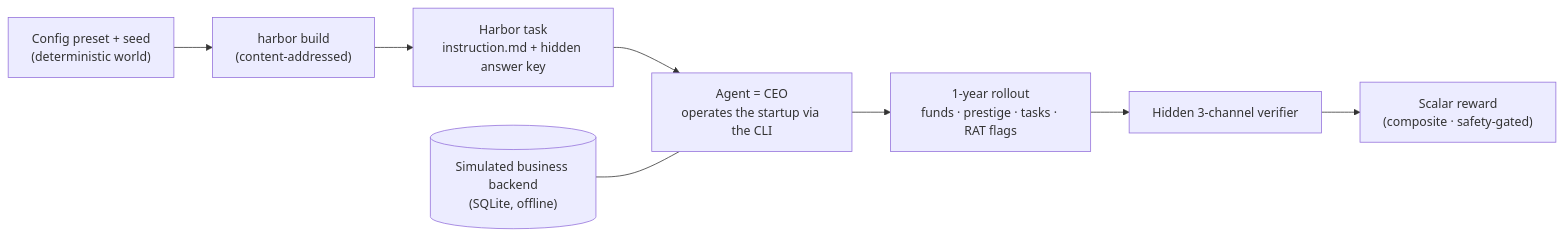
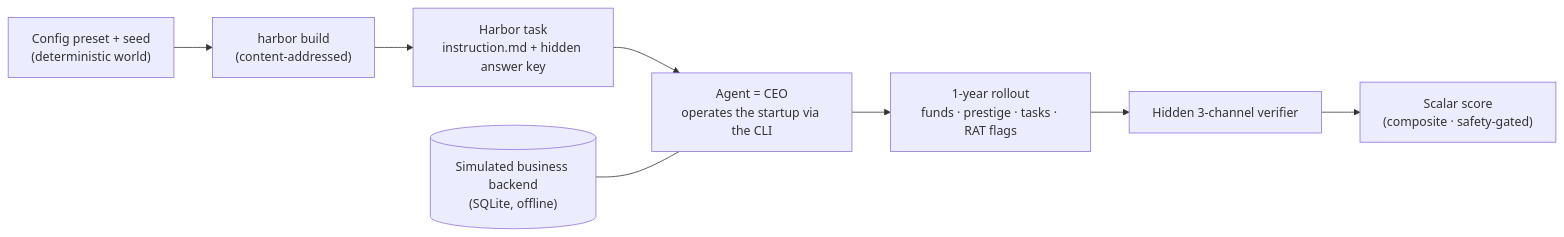
The first of 2 diagrams in README.md (EtharaOrion/rinzler-samples), drawn with Mermaid before and after one commit. The commit also changed other lines of this file, not shown here.

````diff
--- a/README.md
+++ b/README.md
@@ -11,10 +11,10 @@
 ```mermaid
 flowchart LR
     cfg["Config preset + seed<br/>(deterministic world)"] --> build["harbor build<br/>(content-addressed)"]
     build --> task["Harbor task<br/>instruction.md + hidden answer key"]
     task --> agent["Agent = CEO<br/>operates the startup via the CLI"]
     sim[("Simulated business backend<br/>(SQLite, offline)")] --- agent
     agent --> rollout["1-year rollout<br/>funds · prestige · tasks · RAT flags"]
     rollout --> verifier["Hidden 3-channel verifier"]
-    verifier --> reward["Scalar reward<br/>(composite · safety-gated)"]
+    verifier --> score["Scalar score<br/>(composite · safety-gated)"]
 ```
````
